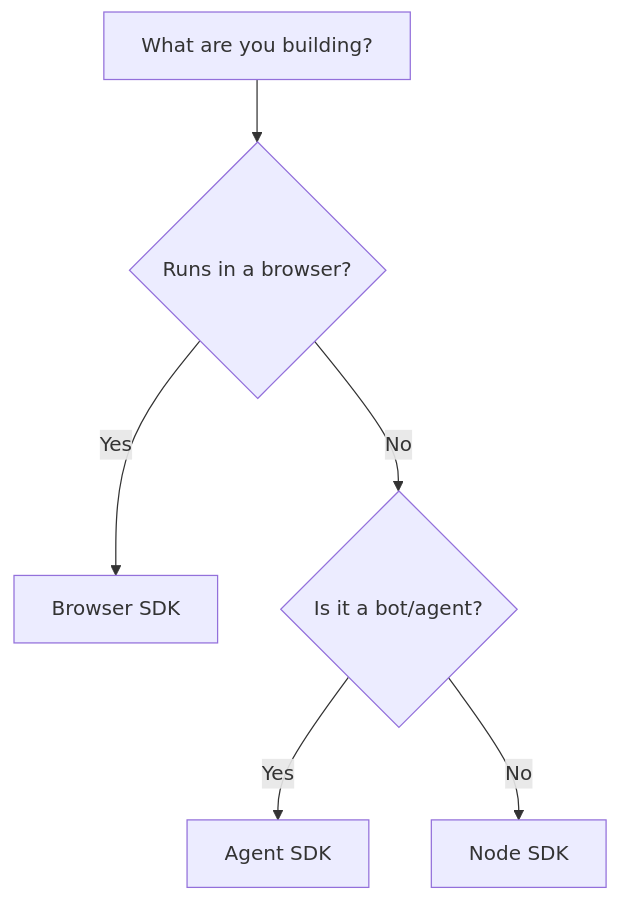
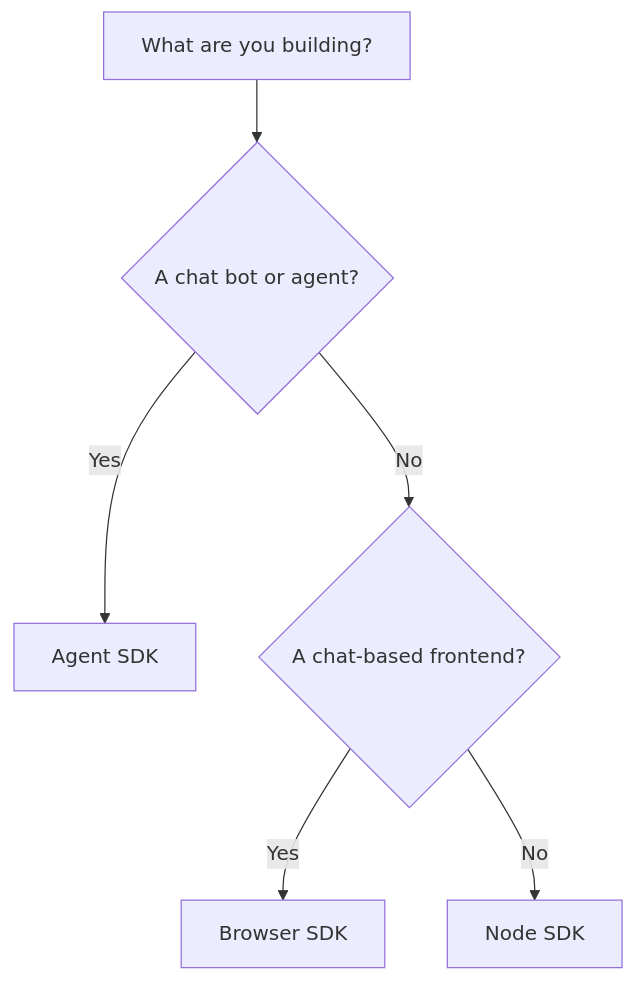
The diagram in README.md (xmtp/xmtp-js), drawn with Mermaid before and after one commit.

Commit message:
refine tree

````diff
--- a/README.md
+++ b/README.md
@@ -13,8 +13,8 @@
 ```mermaid
 graph TD
-    A[What are you building?] --> B{Runs in a browser?}
-    B -->|Yes| C[Browser SDK]
-    B -->|No| D{Is it a bot/agent?}
-    D -->|Yes| E[Agent SDK]
+    A[What are you building?] --> B{A chat bot or agent?}
+    B -->|Yes| C[Agent SDK]
+    B -->|No| D{A chat-based frontend?}
+    D -->|Yes| E[Browser SDK]
     D -->|No| F[Node SDK]
 ```
````
